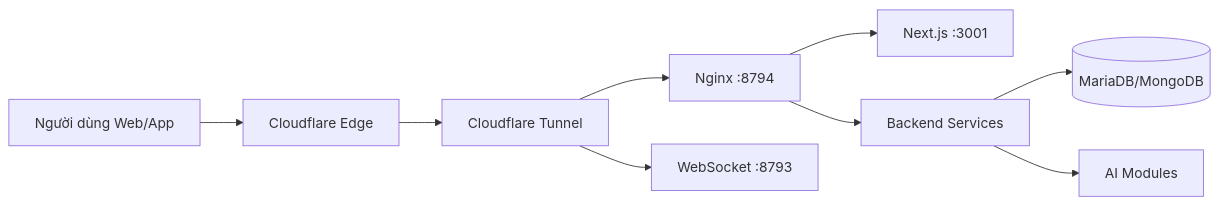
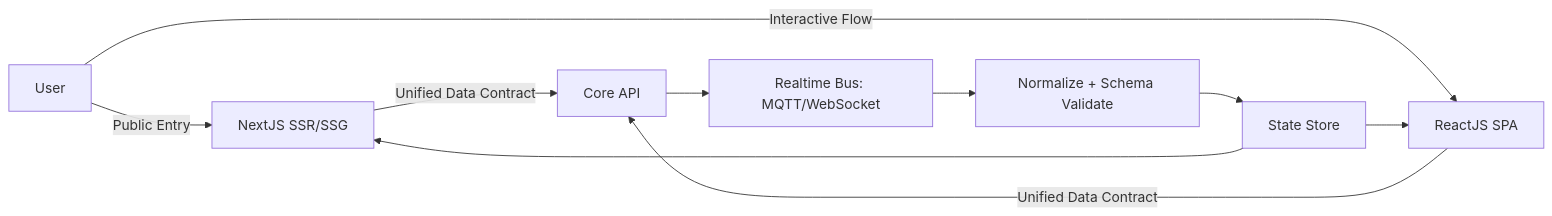
One commit to dangtin306/hust_next changed the diagram in src/content/docs/architecture.mdx. Above: the diagram before and after it, drawn with Mermaid. The commit also changed other lines of this file and 105 other files, not shown here.

````diff
--- a/src/content/docs/architecture.mdx
+++ b/src/content/docs/architecture.mdx
@@ -41,11 +30,15 @@
 ```mermaid
 flowchart LR
-    User[Người dùng Web/App] --> CF[Cloudflare Edge]
-    CF --> Tunnel[Cloudflare Tunnel]
-    Tunnel --> Nginx[Nginx :8794]
-    Tunnel --> WS[WebSocket :8793]
-    Nginx --> FE[Next.js :3001]
-    Nginx --> API[Backend Services]
-    API --> DB[(MariaDB/MongoDB)]
-    API --> AI[AI Modules]
+  U[User] -->|Public Entry| N[NextJS SSR/SSG]
+  U -->|Interactive Flow| R[ReactJS SPA]
+
+  N -->|Unified Data Contract| API[Core API]
+  R -->|Unified Data Contract| API
+
+  API --> BUS[Realtime Bus: MQTT/WebSocket]
+  BUS --> NORM[Normalize + Schema Validate]
+  NORM --> STORE[State Store]
+
+  STORE --> R
+  STORE --> N
 ```
````
